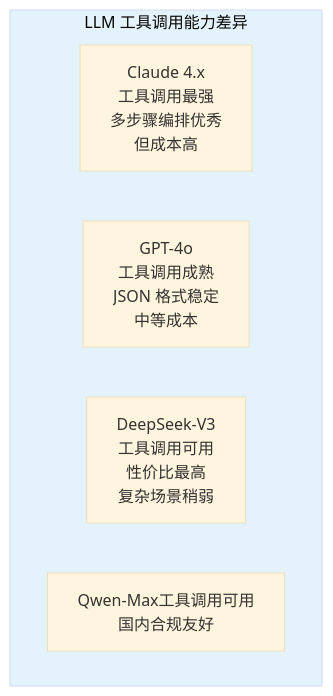
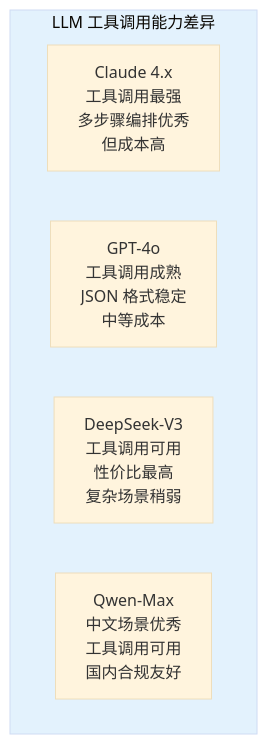
One commit to UranusGit/java-agent-learn changed the fifth of 7 diagrams in docs/项目/03-MCP工具网关/03-迭代二-自定义MCP服务端.md. Above: the diagram before and after it, drawn with Mermaid (base theme). The commit also changed other lines of this file and 206 other files, not shown here.

````diff
--- a/docs/项目/03-MCP工具网关/03-迭代二-自定义MCP服务端.md
+++ b/docs/项目/03-MCP工具网关/03-迭代二-自定义MCP服务端.md
@@ -785,11 +966,11 @@
 ```mermaid
 graph TB
     subgraph 模型能力差异["LLM 工具调用能力差异"]
         M1["Claude 4.x<br/>工具调用最强<br/>多步骤编排优秀<br/>但成本高"]
         M2["GPT-4o<br/>工具调用成熟<br/>JSON 格式稳定<br/>中等成本"]
         M3["DeepSeek-V3<br/>工具调用可用<br/>性价比最高<br/>复杂场景稍弱"]
-        M4["Qwen-Max<br中文场景优秀<br/>工具调用可用<br/>国内合规友好"]
+        M4["Qwen-Max<br/>中文场景优秀<br/>工具调用可用<br/>国内合规友好"]
     end
 
     style 模型能力差异 fill:#e3f2fd
 ```
````
